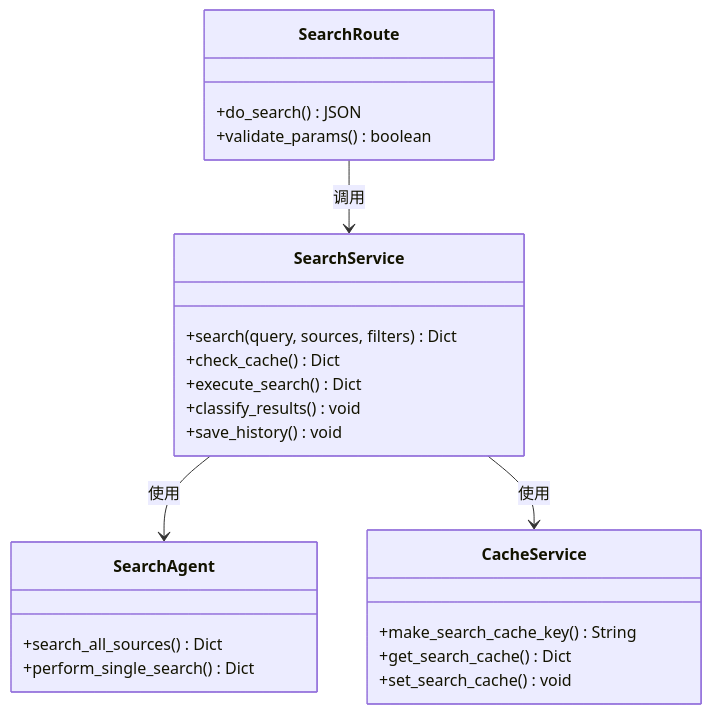
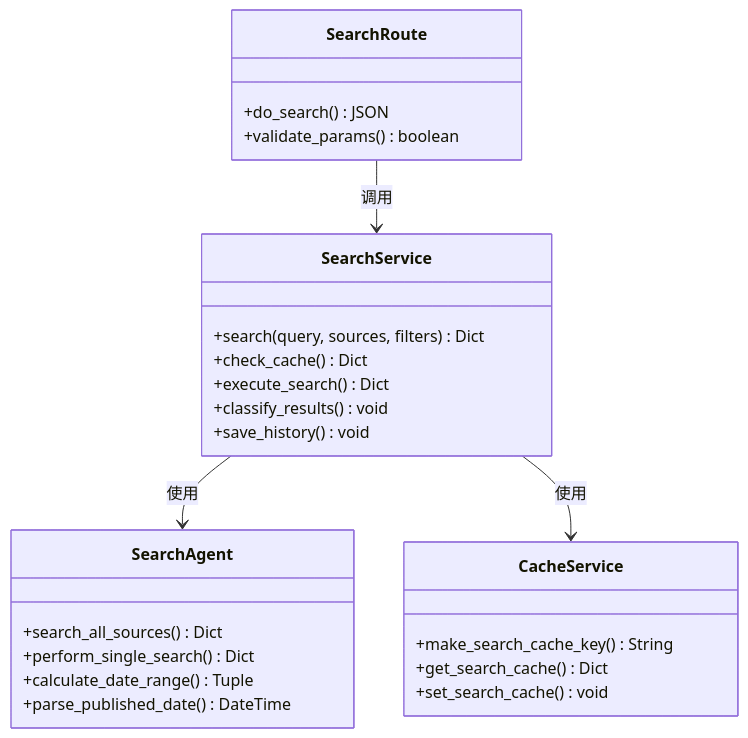
Before and after one commit to wangdy21/search_is_all_you_need: the seventh of 10 diagrams in .qoder/repowiki/zh/content/系统架构设计/前端架构设计/状态管理与自定义Hook/useSearch Hook - 搜索状态管理.md, drawn with Mermaid. The commit also changed other lines of this file and 11 other files, not shown here.

````diff
--- a/.qoder/repowiki/zh/content/系统架构设计/前端架构设计/状态管理与自定义Hook/useSearch Hook - 搜索状态管理.md
+++ b/.qoder/repowiki/zh/content/系统架构设计/前端架构设计/状态管理与自定义Hook/useSearch Hook - 搜索状态管理.md
@@ -277,26 +304,28 @@
 ```mermaid
 classDiagram
 class SearchRoute {
 +do_search() JSON
 +validate_params() boolean
 }
 class SearchService {
 +search(query, sources, filters) Dict
 +check_cache() Dict
 +execute_search() Dict
 +classify_results() void
 +save_history() void
 }
 class SearchAgent {
 +search_all_sources() Dict
 +perform_single_search() Dict
++calculate_date_range() Tuple
++parse_published_date() DateTime
 }
 class CacheService {
 +make_search_cache_key() String
 +get_search_cache() Dict
 +set_search_cache() void
 }
 SearchRoute --> SearchService : 调用
 SearchService --> SearchAgent : 使用
 SearchService --> CacheService : 使用
 ```
````
